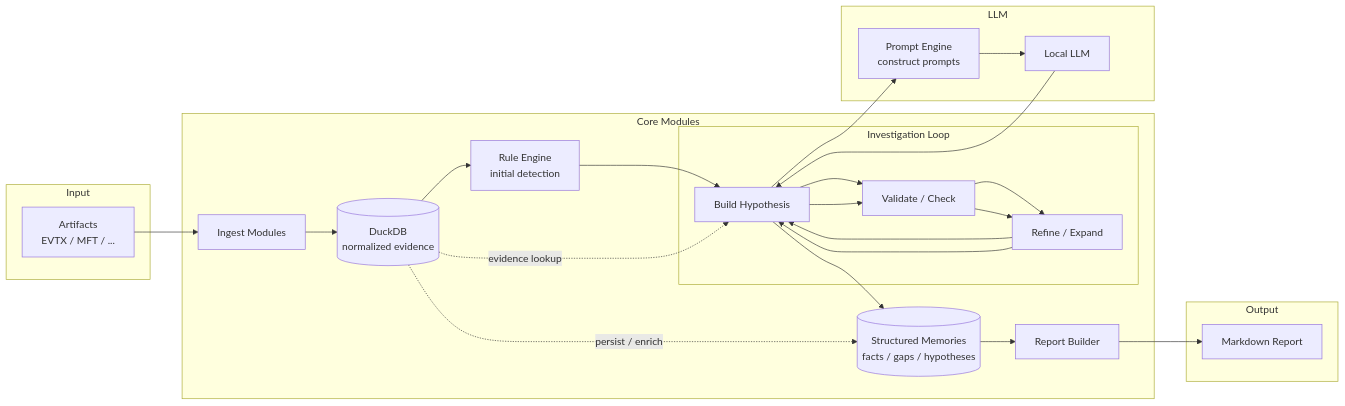
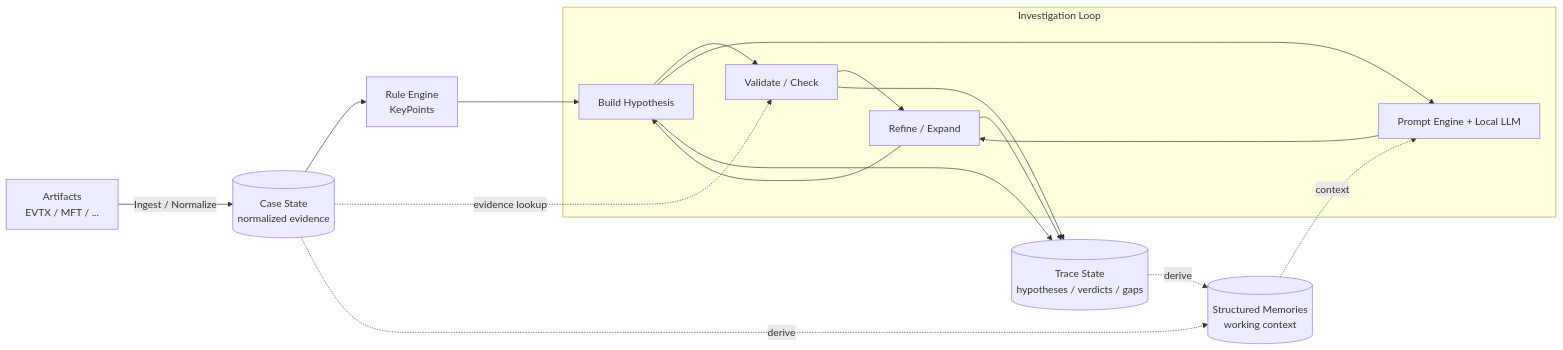
One commit to sumeshi/forensia changed the first of 2 diagrams in README.md. Above: the diagram before and after it, drawn with Mermaid. The commit also changed other lines of this file, not shown here.

````diff
--- a/README.md
+++ b/README.md
@@ -71,45 +82,30 @@
 ```mermaid
 flowchart LR
-    subgraph IN["Input"]
-        A["Artifacts<br/>EVTX / MFT / ..."]
+    A["Artifacts<br/>EVTX / MFT / ..."]
+    A -->|Ingest / Normalize| C
+    C[("Case State<br/>normalized evidence")]
+    C --> D["Rule Engine<br/>KeyPoints"]
+
+    subgraph L["Investigation Loop"]
+        E["Build Hypothesis"]
+        F["Validate / Check"]
+        G["Refine / Expand"]
+        H["Prompt Engine + Local LLM"]
+        E --> F --> G --> E
+        E --> H --> G
     end
 
-    subgraph CORE["Core Modules"]
-        B["Ingest Modules"]
-        C[("DuckDB<br/>normalized evidence")]
-        D["Rule Engine<br/>initial detection"]
+    D --> E
+    C -. evidence lookup .-> F
 
-        subgraph L["Investigation Loop"]
-            E["Build Hypothesis"]
-            F["Validate / Check"]
-            G["Refine / Expand"]
-            E --> F
-            F --> G
-            G --> E
-        end
+    T[("Trace State<br/>hypotheses / verdicts / gaps")]
+    M[("Structured Memories<br/>working context")]
 
-        J[("Structured Memories<br/>facts / gaps / hypotheses")]
-        K["Report Builder"]
-    end
+    E --> T
+    F --> T
+    G --> T
 
-    subgraph AI["LLM"]
-        H["Prompt Engine<br/>construct prompts"]
-        I["Local LLM"]
-    end
-
-    subgraph OUT["Output"]
-        M["Markdown Report"]
-    end
-
-    A --> B --> C
-    C --> D --> E
-    E --> F
-    F --> G
-    G --> E
-    E --> J
-    J --> K --> M
-    E --> H --> I
-    I --> E
-    C -. evidence lookup .-> E
-    C -. persist / enrich .-> J
+    C -. derive .-> M
+    T -. derive .-> M
+    M -. context .-> H
 ```
````
